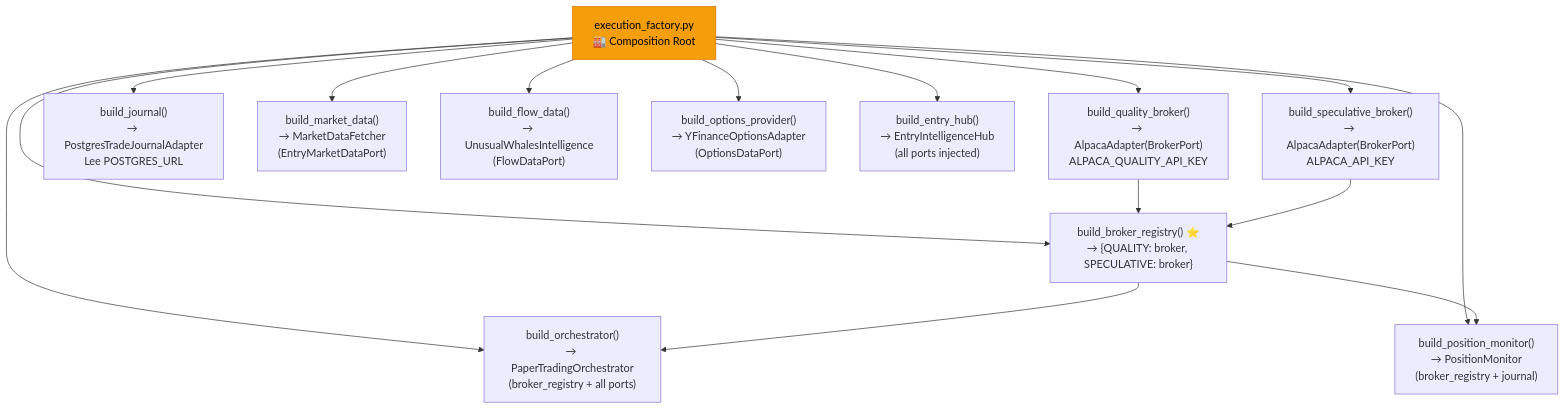
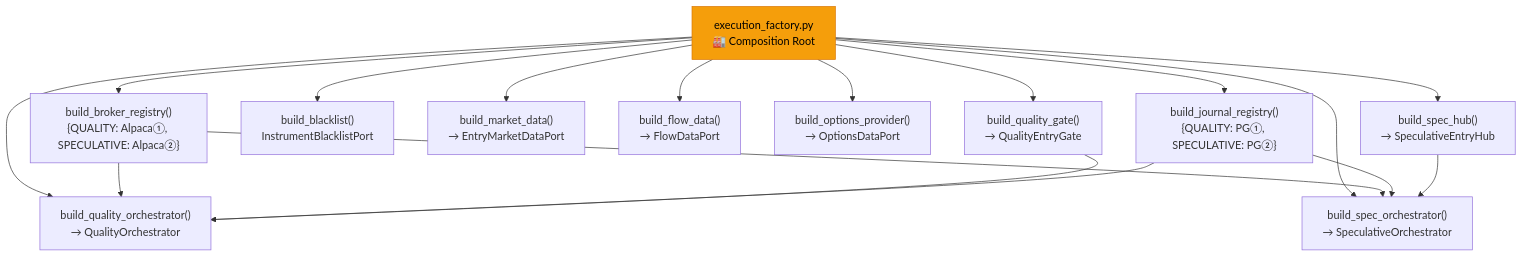
The third of 7 diagrams in docs/architecture-diagram.md (Charlie7532/botero-trade-engine), drawn with Mermaid before and after one commit. The commit also changed other lines of this file and 1 other file, not shown here.

Commit message:
refactor: restructure backend into 12 clean architecture modules and update project architecture documentation

````diff
--- a/docs/architecture-diagram.md
+++ b/docs/architecture-diagram.md
@@ -228,22 +115,22 @@
 ```mermaid
 flowchart TD
     FAC["execution_factory.py<br/>🏭 Composition Root"]
 
-    FAC --> BQ["build_quality_broker()<br/>→ AlpacaAdapter(BrokerPort)<br/>ALPACA_QUALITY_API_KEY"]
-    FAC --> BS["build_speculative_broker()<br/>→ AlpacaAdapter(BrokerPort)<br/>ALPACA_API_KEY"]
-    FAC --> BR["build_broker_registry() ⭐<br/>→ {QUALITY: broker, SPECULATIVE: broker}"]
-    FAC --> J["build_journal()<br/>→ PostgresTradeJournalAdapter<br/>Lee POSTGRES_URL"]
-    FAC --> M["build_market_data()<br/>→ MarketDataFetcher<br/>(EntryMarketDataPort)"]
-    FAC --> F["build_flow_data()<br/>→ UnusualWhalesIntelligence<br/>(FlowDataPort)"]
-    FAC --> O["build_options_provider()<br/>→ YFinanceOptionsAdapter<br/>(OptionsDataPort)"]
-    FAC --> H["build_entry_hub()<br/>→ EntryIntelligenceHub<br/>(all ports injected)"]
-    FAC --> P["build_orchestrator()<br/>→ PaperTradingOrchestrator<br/>(broker_registry + all ports)"]
-    FAC --> MON["build_position_monitor()<br/>→ PositionMonitor<br/>(broker_registry + journal)"]
+    FAC --> BR["build_broker_registry()<br/>{QUALITY: Alpaca①, SPECULATIVE: Alpaca②}"]
+    FAC --> JR["build_journal_registry()<br/>{QUALITY: PG①, SPECULATIVE: PG②}"]
+    FAC --> BL["build_blacklist()<br/>InstrumentBlacklistPort"]
+    FAC --> MD["build_market_data()<br/>→ EntryMarketDataPort"]
+    FAC --> FD["build_flow_data()<br/>→ FlowDataPort"]
+    FAC --> OP["build_options_provider()<br/>→ OptionsDataPort"]
+    FAC --> QG["build_quality_gate()<br/>→ QualityEntryGate"]
+    FAC --> SH["build_spec_hub()<br/>→ SpeculativeEntryHub"]
+    FAC --> QO["build_quality_orchestrator()<br/>→ QualityOrchestrator"]
+    FAC --> SO["build_spec_orchestrator()<br/>→ SpeculativeOrchestrator"]
 
-    BQ --> BR
-    BS --> BR
-    BR --> P
-    BR --> MON
+    BR --> QO & SO
+    JR --> QO & SO
+    QG --> QO
+    SH --> SO
 
     style FAC fill:#f59e0b,stroke:#d97706,color:#000
 ```
````
